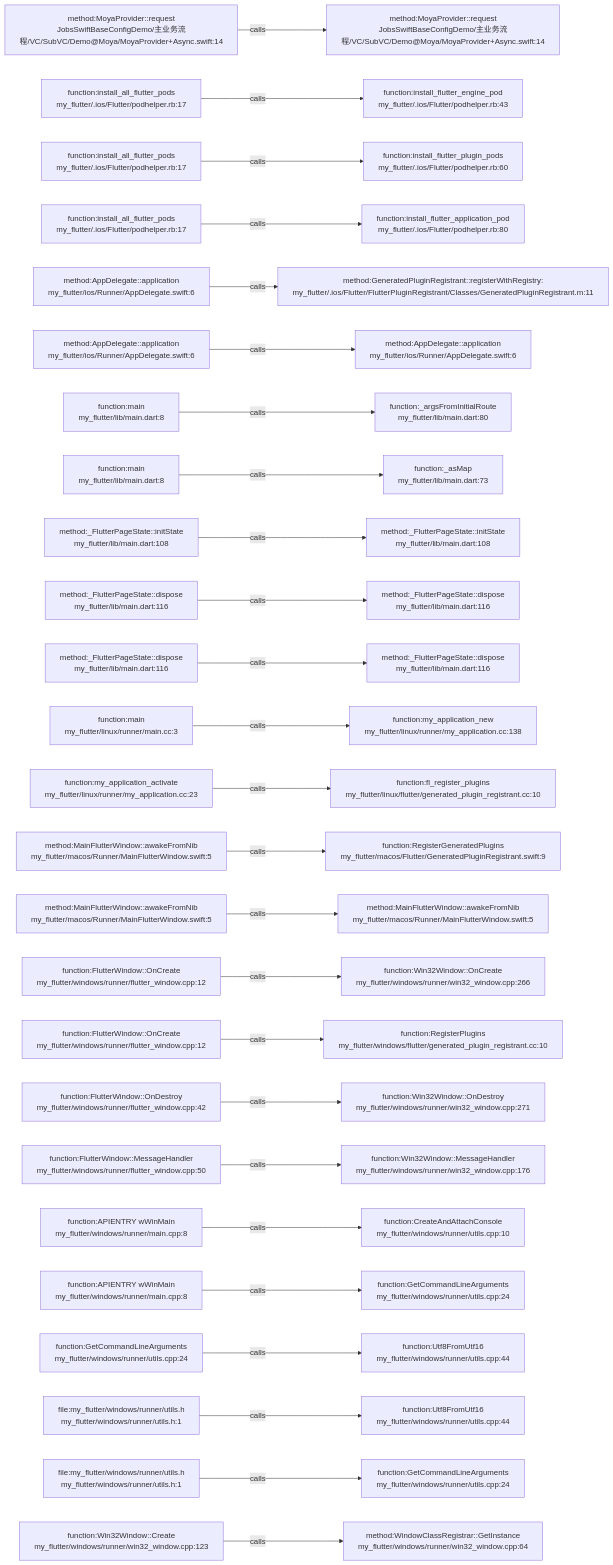
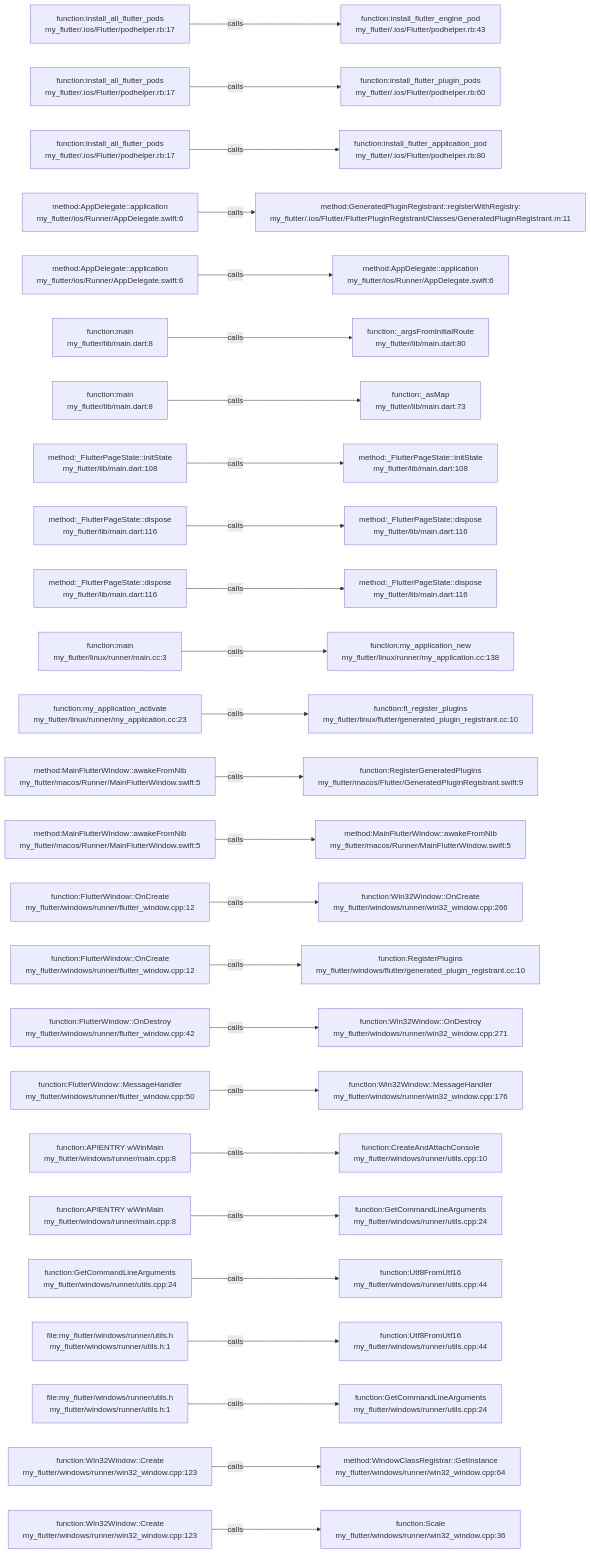
Before and after one commit to JobsKits/JobsSwiftBaseConfigDemo: the diagram in .codegraph/codegraph.md/graphs/calls-001.md, drawn with Mermaid. The commit also changed 747 other files, not shown here.

````diff
--- a/.codegraph/codegraph.md/graphs/calls-001.md
+++ b/.codegraph/codegraph.md/graphs/calls-001.md
@@ -13,78 +13,78 @@
 ```mermaid
 flowchart LR
-  S1["method:MoyaProvider::request<br/>JobsSwiftBaseConfigDemo/主业务流程/VC/SubVC/Demo@Moya/MoyaProvider+Async.swift:14"]
-  T1["method:MoyaProvider::request<br/>JobsSwiftBaseConfigDemo/主业务流程/VC/SubVC/Demo@Moya/MoyaProvider+Async.swift:14"]
+  S1["function:install_all_flutter_pods<br/>my_flutter/.ios/Flutter/podhelper.rb:17"]
+  T1["function:install_flutter_engine_pod<br/>my_flutter/.ios/Flutter/podhelper.rb:43"]
   S1 -->|calls| T1
   S2["function:install_all_flutter_pods<br/>my_flutter/.ios/Flutter/podhelper.rb:17"]
-  T2["function:install_flutter_engine_pod<br/>my_flutter/.ios/Flutter/podhelper.rb:43"]
+  T2["function:install_flutter_plugin_pods<br/>my_flutter/.ios/Flutter/podhelper.rb:60"]
   S2 -->|calls| T2
   S3["function:install_all_flutter_pods<br/>my_flutter/.ios/Flutter/podhelper.rb:17"]
-  T3["function:install_flutter_plugin_pods<br/>my_flutter/.ios/Flutter/podhelper.rb:60"]
+  T3["function:install_flutter_application_pod<br/>my_flutter/.ios/Flutter/podhelper.rb:80"]
   S3 -->|calls| T3
-  S4["function:install_all_flutter_pods<br/>my_flutter/.ios/Flutter/podhelper.rb:17"]
-  T4["function:install_flutter_application_pod<br/>my_flutter/.ios/Flutter/podhelper.rb:80"]
+  S4["method:AppDelegate::application<br/>my_flutter/ios/Runner/AppDelegate.swift:6"]
+  T4["method:GeneratedPluginRegistrant::registerWithRegistry:<br/>my_flutter/.ios/Flutter/FlutterPluginRegistrant/Classes/GeneratedPluginRegistrant.m:11"]
   S4 -->|calls| T4
   S5["method:AppDelegate::application<br/>my_flutter/ios/Runner/AppDelegate.swift:6"]
-  T5["method:GeneratedPluginRegistrant::registerWithRegistry:<br/>my_flutter/.ios/Flutter/FlutterPluginRegistrant/Classes/GeneratedPluginRegistrant.m:11"]
+  T5["method:AppDelegate::application<br/>my_flutter/ios/Runner/AppDelegate.swift:6"]
   S5 -->|calls| T5
-  S6["method:AppDelegate::application<br/>my_flutter/ios/Runner/AppDelegate.swift:6"]
-  T6["method:AppDelegate::application<br/>my_flutter/ios/Runner/AppDelegate.swift:6"]
+  S6["function:main<br/>my_flutter/lib/main.dart:8"]
+  T6["function:_argsFromInitialRoute<br/>my_flutter/lib/main.dart:80"]
   S6 -->|calls| T6
   S7["function:main<br/>my_flutter/lib/main.dart:8"]
-  T7["function:_argsFromInitialRoute<br/>my_flutter/lib/main.dart:80"]
+  T7["function:_asMap<br/>my_flutter/lib/main.dart:73"]
   S7 -->|calls| T7
-  S8["function:main<br/>my_flutter/lib/main.dart:8"]
-  T8["function:_asMap<br/>my_flutter/lib/main.dart:73"]
+  S8["method:_FlutterPageState::initState<br/>my_flutter/lib/main.dart:108"]
+  T8["method:_FlutterPageState::initState<br/>my_flutter/lib/main.dart:108"]
   S8 -->|calls| T8
-  S9["method:_FlutterPageState::initState<br/>my_flutter/lib/main.dart:108"]
-  T9["method:_FlutterPageState::initState<br/>my_flutter/lib/main.dart:108"]
+  S9["method:_FlutterPageState::dispose<br/>my_flutter/lib/main.dart:116"]
+  T9["method:_FlutterPageState::dispose<br/>my_flutter/lib/main.dart:116"]
   S9 -->|calls| T9
   S10["method:_FlutterPageState::dispose<br/>my_flutter/lib/main.dart:116"]
   T10["method:_FlutterPageState::dispose<br/>my_flutter/lib/main.dart:116"]
   S10 -->|calls| T10
-  S11["method:_FlutterPageState::dispose<br/>my_flutter/lib/main.dart:116"]
-  T11["method:_FlutterPageState::dispose<br/>my_flutter/lib/main.dart:116"]
+  S11["function:main<br/>my_flutter/linux/runner/main.cc:3"]
+  T11["function:my_application_new<br/>my_flutter/linux/runner/my_application.cc:138"]
   S11 -->|calls| T11
-  S12["function:main<br/>my_flutter/linux/runner/main.cc:3"]
-  T12["function:my_application_new<br/>my_flutter/linux/runner/my_application.cc:138"]
+  S12["function:my_application_activate<br/>my_flutter/linux/runner/my_application.cc:23"]
+  T12["function:fl_register_plugins<br/>my_flutter/linux/flutter/generated_plugin_registrant.cc:10"]
   S12 -->|calls| T12
-  S13["function:my_application_activate<br/>my_flutter/linux/runner/my_application.cc:23"]
-  T13["function:fl_register_plugins<br/>my_flutter/linux/flutter/generated_plugin_registrant.cc:10"]
+  S13["method:MainFlutterWindow::awakeFromNib<br/>my_flutter/macos/Runner/MainFlutterWindow.swift:5"]
+  T13["function:RegisterGeneratedPlugins<br/>my_flutter/macos/Flutter/GeneratedPluginRegistrant.swift:9"]
   S13 -->|calls| T13
   S14["method:MainFlutterWindow::awakeFromNib<br/>my_flutter/macos/Runner/MainFlutterWindow.swift:5"]
-  T14["function:RegisterGeneratedPlugins<br/>my_flutter/macos/Flutter/GeneratedPluginRegistrant.swift:9"]
+  T14["method:MainFlutterWindow::awakeFromNib<br/>my_flutter/macos/Runner/MainFlutterWindow.swift:5"]
   S14 -->|calls| T14
-  S15["method:MainFlutterWindow::awakeFromNib<br/>my_flutter/macos/Runner/MainFlutterWindow.swift:5"]
-  T15["method:MainFlutterWindow::awakeFromNib<br/>my_flutter/macos/Runner/MainFlutterWindow.swift:5"]
+  S15["function:FlutterWindow::OnCreate<br/>my_flutter/windows/runner/flutter_window.cpp:12"]
+  T15["function:Win32Window::OnCreate<br/>my_flutter/windows/runner/win32_window.cpp:266"]
   S15 -->|calls| T15
   S16["function:FlutterWindow::OnCreate<br/>my_flutter/windows/runner/flutter_window.cpp:12"]
-  T16["function:Win32Window::OnCreate<br/>my_flutter/windows/runner/win32_window.cpp:266"]
+  T16["function:RegisterPlugins<br/>my_flutter/windows/flutter/generated_plugin_registrant.cc:10"]
   S16 -->|calls| T16
-  S17["function:FlutterWindow::OnCreate<br/>my_flutter/windows/runner/flutter_window.cpp:12"]
-  T17["function:RegisterPlugins<br/>my_flutter/windows/flutter/generated_plugin_registrant.cc:10"]
+  S17["function:FlutterWindow::OnDestroy<br/>my_flutter/windows/runner/flutter_window.cpp:42"]
+  T17["function:Win32Window::OnDestroy<br/>my_flutter/windows/runner/win32_window.cpp:271"]
   S17 -->|calls| T17
-  S18["function:FlutterWindow::OnDestroy<br/>my_flutter/windows/runner/flutter_window.cpp:42"]
-  T18["function:Win32Window::OnDestroy<br/>my_flutter/windows/runner/win32_window.cpp:271"]
+  S18["function:FlutterWindow::MessageHandler<br/>my_flutter/windows/runner/flutter_window.cpp:50"]
+  T18["function:Win32Window::MessageHandler<br/>my_flutter/windows/runner/win32_window.cpp:176"]
   S18 -->|calls| T18
-  S19["function:FlutterWindow::MessageHandler<br/>my_flutter/windows/runner/flutter_window.cpp:50"]
-  T19["function:Win32Window::MessageHandler<br/>my_flutter/windows/runner/win32_window.cpp:176"]
+  S19["function:APIENTRY wWinMain<br/>my_flutter/windows/runner/main.cpp:8"]
+  T19["function:CreateAndAttachConsole<br/>my_flutter/windows/runner/utils.cpp:10"]
   S19 -->|calls| T19
   S20["function:APIENTRY wWinMain<br/>my_flutter/windows/runner/main.cpp:8"]
-  T20["function:CreateAndAttachConsole<br/>my_flutter/windows/runner/utils.cpp:10"]
+  T20["function:GetCommandLineArguments<br/>my_flutter/windows/runner/utils.cpp:24"]
   S20 -->|calls| T20
-  S21["function:APIENTRY wWinMain<br/>my_flutter/windows/runner/main.cpp:8"]
-  T21["function:GetCommandLineArguments<br/>my_flutter/windows/runner/utils.cpp:24"]
+  S21["function:GetCommandLineArguments<br/>my_flutter/windows/runner/utils.cpp:24"]
+  T21["function:Utf8FromUtf16<br/>my_flutter/windows/runner/utils.cpp:44"]
   S21 -->|calls| T21
-  S22["function:GetCommandLineArguments<br/>my_flutter/windows/runner/utils.cpp:24"]
+  S22["file:my_flutter/windows/runner/utils.h<br/>my_flutter/windows/runner/utils.h:1"]
   T22["function:Utf8FromUtf16<br/>my_flutter/windows/runner/utils.cpp:44"]
   S22 -->|calls| T22
   S23["file:my_flutter/windows/runner/utils.h<br/>my_flutter/windows/runner/utils.h:1"]
-  T23["function:Utf8FromUtf16<br/>my_flutter/windows/runner/utils.cpp:44"]
+  T23["function:GetCommandLineArguments<br/>my_flutter/windows/runner/utils.cpp:24"]
   S23 -->|calls| T23
-  S24["file:my_flutter/windows/runner/utils.h<br/>my_flutter/windows/runner/utils.h:1"]
-  T24["function:GetCommandLineArguments<br/>my_flutter/windows/runner/utils.cpp:24"]
+  S24["function:Win32Window::Create<br/>my_flutter/windows/runner/win32_window.cpp:123"]
+  T24["method:WindowClassRegistrar::GetInstance<br/>my_flutter/windows/runner/win32_window.cpp:64"]
   S24 -->|calls| T24
   S25["function:Win32Window::Create<br/>my_flutter/windows/runner/win32_window.cpp:123"]
-  T25["method:WindowClassRegistrar::GetInstance<br/>my_flutter/windows/runner/win32_window.cpp:64"]
+  T25["function:Scale<br/>my_flutter/windows/runner/win32_window.cpp:36"]
   S25 -->|calls| T25
 ```
````
